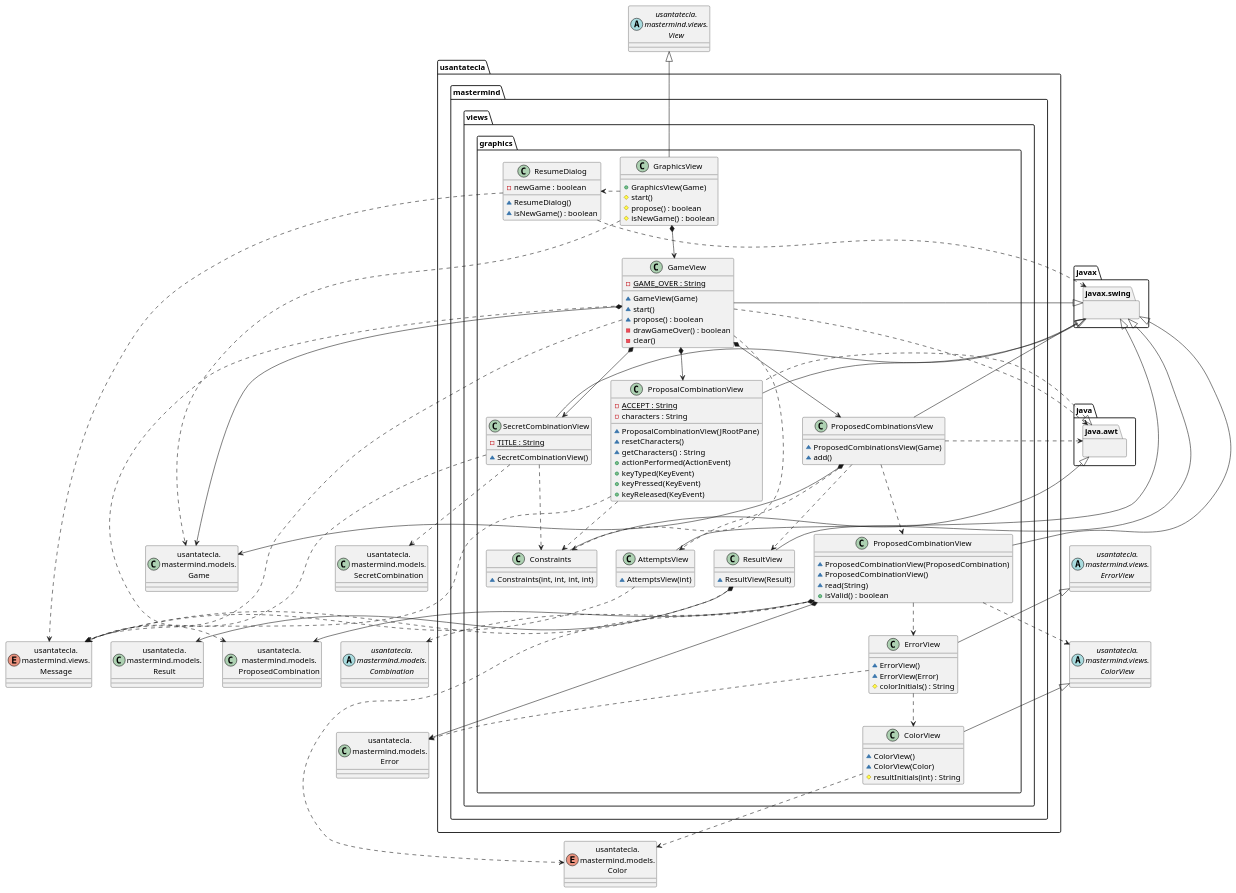
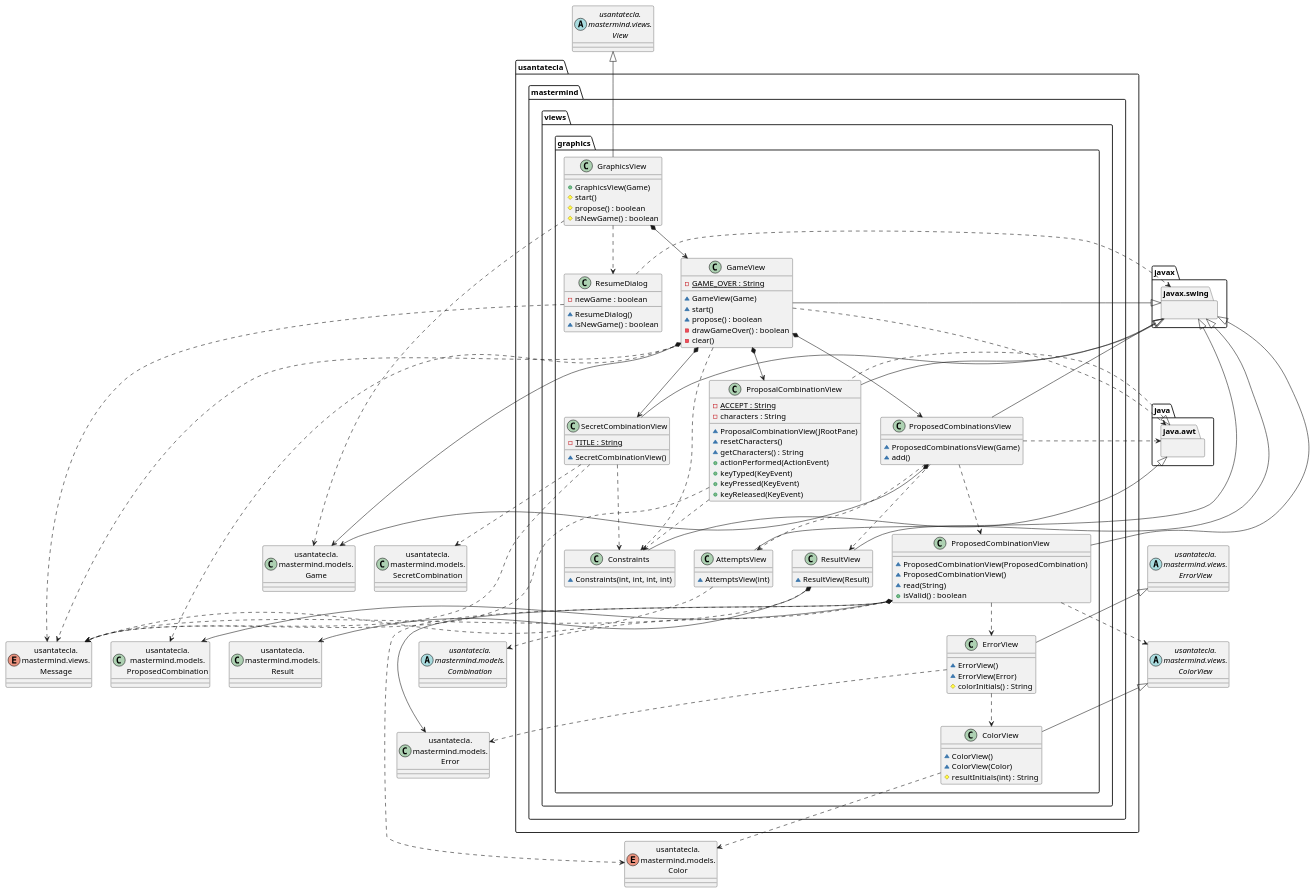
The fourth of 6 diagrams in documentView/withoutFactoryMethod/docs/diagrams/src/paquetes.plantuml (SantaTecla-mastermind/solution.java.swing.socket.sql), drawn with PlantUML before and after one commit. The commit also changed 1 other file, not shown here.

Commit message:
[withoutFactory] Pequeño cambio layout del diagrama graphics

```diff
--- a/documentView/withoutFactoryMethod/docs/diagrams/src/paquetes.plantuml
+++ b/documentView/withoutFactoryMethod/docs/diagrams/src/paquetes.plantuml
@@ -199,139 +199,139 @@
 @startuml usantatecla.mastermind.views.graphics
 class Game as "usantatecla.\nmastermind.models.\nGame"
 class Error as "usantatecla.\nmastermind.models.\nError"
 class Result as "usantatecla.\nmastermind.models.\nResult"
 enum Color as "usantatecla.\nmastermind.models.\nColor"
 abstract class Combination as "usantatecla.\nmastermind.models.\nCombination"
 class ProposedCombination as "usantatecla.\nmastermind.models.\nProposedCombination"
 class SecretCombination as "usantatecla.\nmastermind.models.\nSecretCombination"
 abstract class View as "usantatecla.\nmastermind.views.\nView"
 abstract class ColorView as "usantatecla.\nmastermind.views.\nColorView"
 abstract class ErrorView as "usantatecla.\nmastermind.views.\nErrorView"
 enum Message as "usantatecla.\nmastermind.views.\nMessage"
 
 package javax.swing {}
 package java.awt {}
 
 class usantatecla.mastermind.views.graphics.GraphicsView {
     + GraphicsView(Game)
     # start()
     # propose() : boolean
     # isNewGame() : boolean
 }
 usantatecla.mastermind.views.graphics.GraphicsView -up-|> View
 usantatecla.mastermind.views.graphics.GraphicsView *-down-> usantatecla.mastermind.views.graphics.GameView
 usantatecla.mastermind.views.graphics.GraphicsView ..> Game
-usantatecla.mastermind.views.graphics.GraphicsView .> usantatecla.mastermind.views.graphics.ResumeDialog
+usantatecla.mastermind.views.graphics.GraphicsView ..> usantatecla.mastermind.views.graphics.ResumeDialog
 
 class usantatecla.mastermind.views.graphics.GameView {
     - {static} GAME_OVER : String
     ~ GameView(Game)
     ~ start()
     ~ propose() : boolean
     - drawGameOver() : boolean
     - clear()
 }
 usantatecla.mastermind.views.graphics.GameView -up-|> javax.swing
 usantatecla.mastermind.views.graphics.GameView *-down-> Game
 usantatecla.mastermind.views.graphics.GameView *-down-> usantatecla.mastermind.views.graphics.SecretCombinationView
 usantatecla.mastermind.views.graphics.GameView *-down-> usantatecla.mastermind.views.graphics.ProposedCombinationsView
 usantatecla.mastermind.views.graphics.GameView *-down-> usantatecla.mastermind.views.graphics.ProposalCombinationView
 usantatecla.mastermind.views.graphics.GameView ..> java.awt
 usantatecla.mastermind.views.graphics.GameView ..> Message
 usantatecla.mastermind.views.graphics.GameView ..> usantatecla.mastermind.views.graphics.Constraints
 usantatecla.mastermind.views.graphics.GameView ..> ProposedCombination
 
 class usantatecla.mastermind.views.graphics.ProposalCombinationView {
     - {static} ACCEPT : String
     - characters : String
     ~ ProposalCombinationView(JRootPane)
     ~ resetCharacters()
     ~ getCharacters() : String
     + actionPerformed(ActionEvent)
     + keyTyped(KeyEvent)
     + keyPressed(KeyEvent)
     + keyReleased(KeyEvent)
 }
 usantatecla.mastermind.views.graphics.ProposalCombinationView -up-|> javax.swing
 usantatecla.mastermind.views.graphics.ProposalCombinationView .up.|> java.awt
 usantatecla.mastermind.views.graphics.ProposalCombinationView ..> Message
 usantatecla.mastermind.views.graphics.ProposalCombinationView ..> usantatecla.mastermind.views.graphics.Constraints
 
 class usantatecla.mastermind.views.graphics.ProposedCombinationsView {
     ~ ProposedCombinationsView(Game)
     ~ add()
 }
 usantatecla.mastermind.views.graphics.ProposedCombinationsView -up-|> javax.swing
 usantatecla.mastermind.views.graphics.ProposedCombinationsView *-down-> Game
 usantatecla.mastermind.views.graphics.ProposedCombinationsView ..> usantatecla.mastermind.views.graphics.AttemptsView
 usantatecla.mastermind.views.graphics.ProposedCombinationsView ..> usantatecla.mastermind.views.graphics.ProposedCombinationView
 usantatecla.mastermind.views.graphics.ProposedCombinationsView ..> usantatecla.mastermind.views.graphics.ResultView
 usantatecla.mastermind.views.graphics.ProposedCombinationsView ..> java.awt
 
 class usantatecla.mastermind.views.graphics.SecretCombinationView {
     - {static} TITLE : String
     ~ SecretCombinationView()
 }
 usantatecla.mastermind.views.graphics.SecretCombinationView -up-|> javax.swing
 usantatecla.mastermind.views.graphics.SecretCombinationView ..> Message
 usantatecla.mastermind.views.graphics.SecretCombinationView ..> SecretCombination
 usantatecla.mastermind.views.graphics.SecretCombinationView ..> usantatecla.mastermind.views.graphics.Constraints
 
 class usantatecla.mastermind.views.graphics.ProposedCombinationView {
     ~ ProposedCombinationView(ProposedCombination)
     ~ ProposedCombinationView()
     ~ read(String)
     + isValid() : boolean
 }
 usantatecla.mastermind.views.graphics.ProposedCombinationView -up-|> javax.swing
 usantatecla.mastermind.views.graphics.ProposedCombinationView *-down-> ProposedCombination
 usantatecla.mastermind.views.graphics.ProposedCombinationView *-down-> Error
 usantatecla.mastermind.views.graphics.ProposedCombinationView ..> Color
 usantatecla.mastermind.views.graphics.ProposedCombinationView ..> Combination
 usantatecla.mastermind.views.graphics.ProposedCombinationView ..> ColorView
 usantatecla.mastermind.views.graphics.ProposedCombinationView ..> usantatecla.mastermind.views.graphics.ErrorView
 
 class usantatecla.mastermind.views.graphics.AttemptsView {
     ~ AttemptsView(int)
 }
 usantatecla.mastermind.views.graphics.AttemptsView -up-|> javax.swing
 usantatecla.mastermind.views.graphics.AttemptsView ..> Message
 
 class usantatecla.mastermind.views.graphics.ColorView {
     ~ ColorView()
     ~ ColorView(Color)
     # resultInitials(int) : String
 }
 usantatecla.mastermind.views.graphics.ColorView -up-|> ColorView
 usantatecla.mastermind.views.graphics.ColorView ..> Color
 
 class usantatecla.mastermind.views.graphics.Constraints {
     ~ Constraints(int, int, int, int)
 }
 usantatecla.mastermind.views.graphics.Constraints -up-|> java.awt
 
 class usantatecla.mastermind.views.graphics.ErrorView {
     ~ ErrorView()
     ~ ErrorView(Error)
     # colorInitials() : String
 }
 usantatecla.mastermind.views.graphics.ErrorView -up-|> ErrorView
 usantatecla.mastermind.views.graphics.ErrorView ..> usantatecla.mastermind.views.graphics.ColorView
 usantatecla.mastermind.views.graphics.ErrorView ..> Error
 
 class usantatecla.mastermind.views.graphics.ResultView {
     ~ ResultView(Result)
 }
 usantatecla.mastermind.views.graphics.ResultView -up-|> javax.swing
 usantatecla.mastermind.views.graphics.ResultView *-down-> Result
 usantatecla.mastermind.views.graphics.ResultView ..> Message
 
 class usantatecla.mastermind.views.graphics.ResumeDialog {
     - newGame : boolean
     ~ ResumeDialog()
     ~ isNewGame() : boolean
 }
 usantatecla.mastermind.views.graphics.ResumeDialog ..> javax.swing
 usantatecla.mastermind.views.graphics.ResumeDialog ..> Message
 
 @enduml
```
